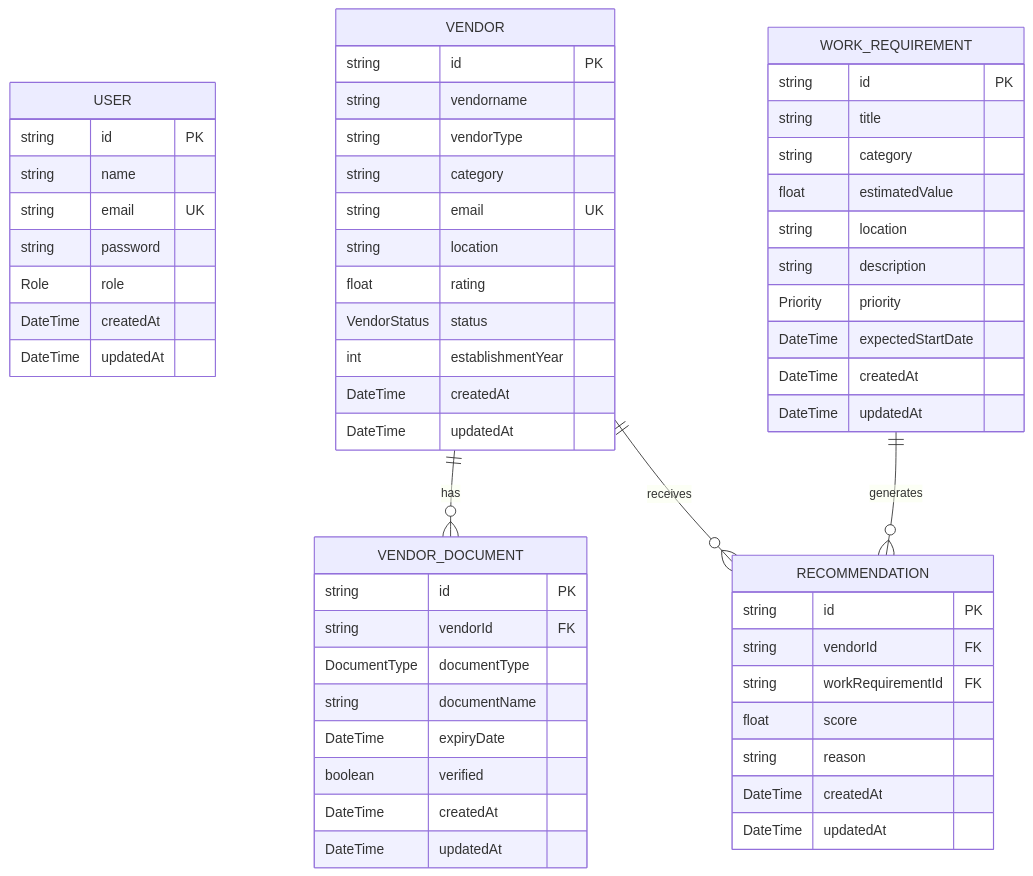
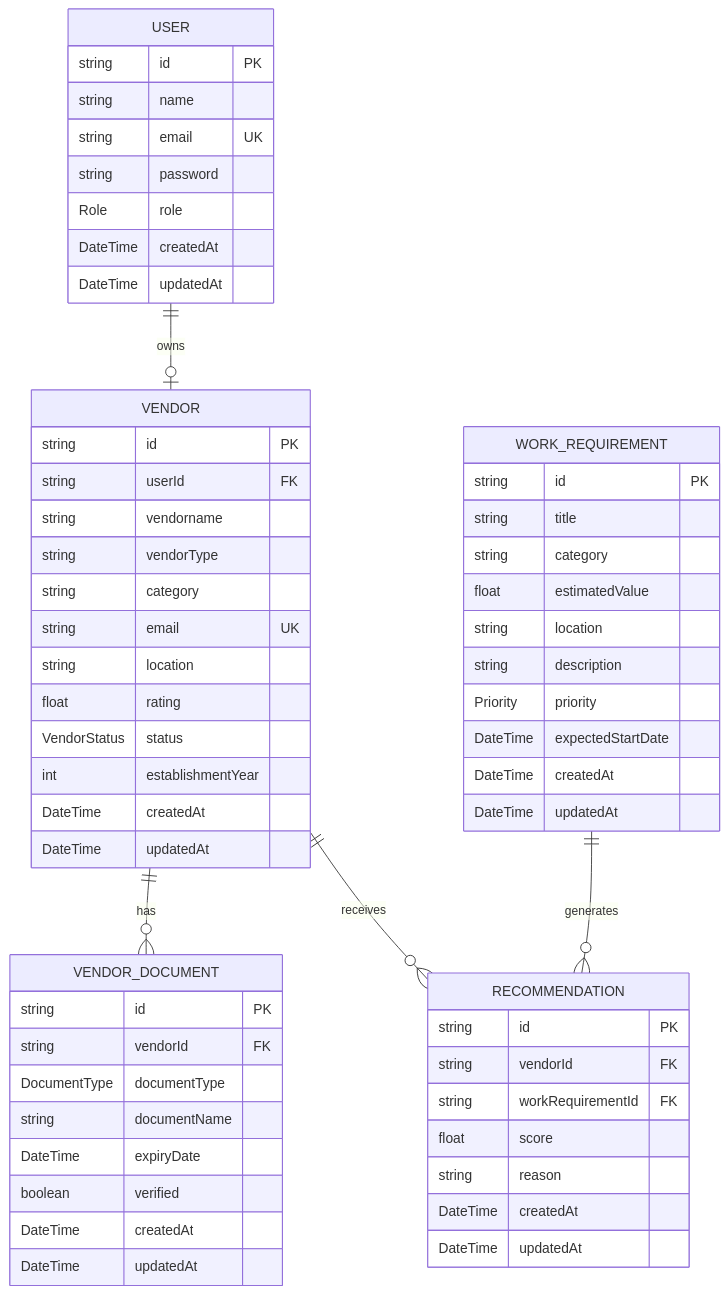
Before and after one commit to avi9984/Vendor-Recommendation-System: the second of 2 diagrams in README.md, drawn with Mermaid. The commit also changed other lines of this file and 3 other files, not shown here.

````diff
--- a/README.md
+++ b/README.md
@@ -55,59 +55,61 @@
 ```mermaid
 erDiagram
     USER {
         string id PK
         string name
         string email UK
         string password
         Role role
         DateTime createdAt
         DateTime updatedAt
     }
     VENDOR {
         string id PK
+        string userId FK
         string vendorname
         string vendorType
         string category
         string email UK
         string location
         float rating
         VendorStatus status
         int establishmentYear
         DateTime createdAt
         DateTime updatedAt
     }
     VENDOR_DOCUMENT {
         string id PK
         string vendorId FK
         DocumentType documentType
         string documentName
         DateTime expiryDate
         boolean verified
         DateTime createdAt
         DateTime updatedAt
     }
     WORK_REQUIREMENT {
         string id PK
         string title
         string category
         float estimatedValue
         string location
         string description
         Priority priority
         DateTime expectedStartDate
         DateTime createdAt
         DateTime updatedAt
     }
     RECOMMENDATION {
         string id PK
         string vendorId FK
         string workRequirementId FK
         float score
         string reason
         DateTime createdAt
         DateTime updatedAt
     }
+    USER ||--o| VENDOR : owns
     VENDOR ||--o{ VENDOR_DOCUMENT : has
     VENDOR ||--o{ RECOMMENDATION : receives
     WORK_REQUIREMENT ||--o{ RECOMMENDATION : generates
 ```
````
